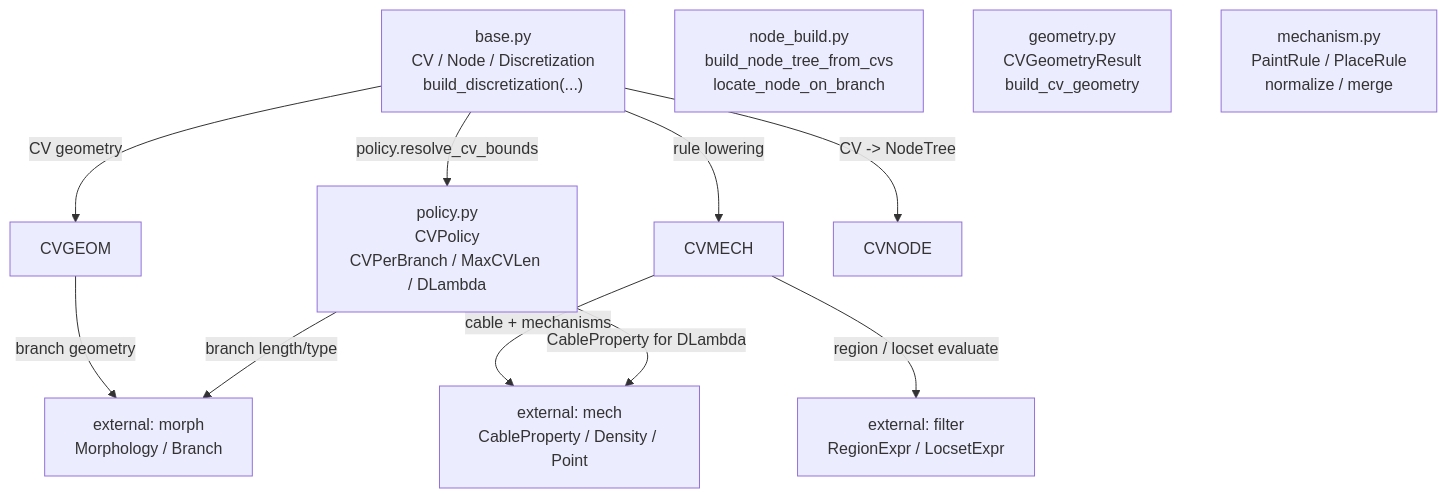
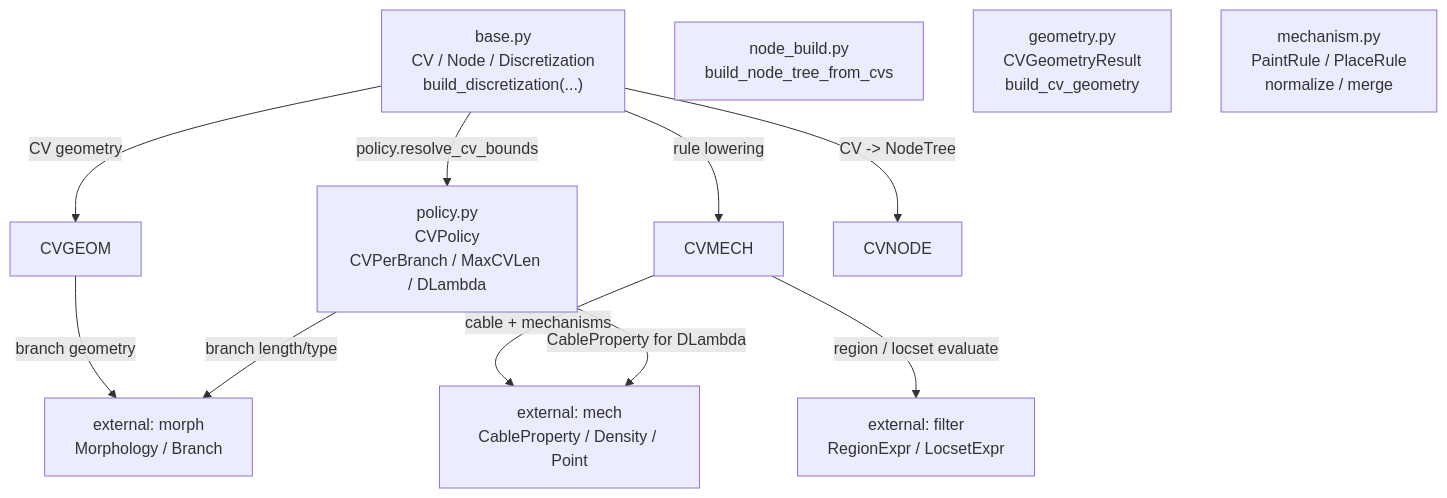
One commit to chaobrain/braincell changed the third of 6 diagrams in docs/design/module-dependency-map.md. Above: the diagram before and after it, drawn with Mermaid. The commit also changed other lines of this file and 14 other files, not shown here.

````diff
--- a/docs/design/module-dependency-map.md
+++ b/docs/design/module-dependency-map.md
@@ -74,21 +74,21 @@
 ```mermaid
 flowchart TD
     BASE["base.py<br/>CV / Node / Discretization<br/>build_discretization(...)"]
-    NODEBUILD["node_build.py<br/>build_node_tree_from_cvs<br/>locate_node_on_branch"]
+    NODEBUILD["node_build.py<br/>build_node_tree_from_cvs"]
     POLICY["policy.py<br/>CVPolicy<br/>CVPerBranch / MaxCVLen / DLambda"]
     GEOM["geometry.py<br/>CVGeometryResult<br/>build_cv_geometry"]
     MECHLOWER["mechanism.py<br/>PaintRule / PlaceRule<br/>normalize / merge"]
     MORPH["external: morph<br/>Morphology / Branch"]
     FILTER["external: filter<br/>RegionExpr / LocsetExpr"]
     MECH["external: mech<br/>CableProperty / Density / Point"]
 
     BASE -->|"policy.resolve_cv_bounds"| POLICY
     BASE -->|"CV geometry"| CVGEOM
     BASE -->|"rule lowering"| CVMECH
     BASE -->|"CV -> NodeTree"| CVNODE
     CVGEOM -->|"branch geometry"| MORPH
     CVMECH -->|"region / locset evaluate"| FILTER
     CVMECH -->|"cable + mechanisms"| MECH
     POLICY -->|"branch length/type"| MORPH
     POLICY -->|"CableProperty for DLambda"| MECH
 ```
````
